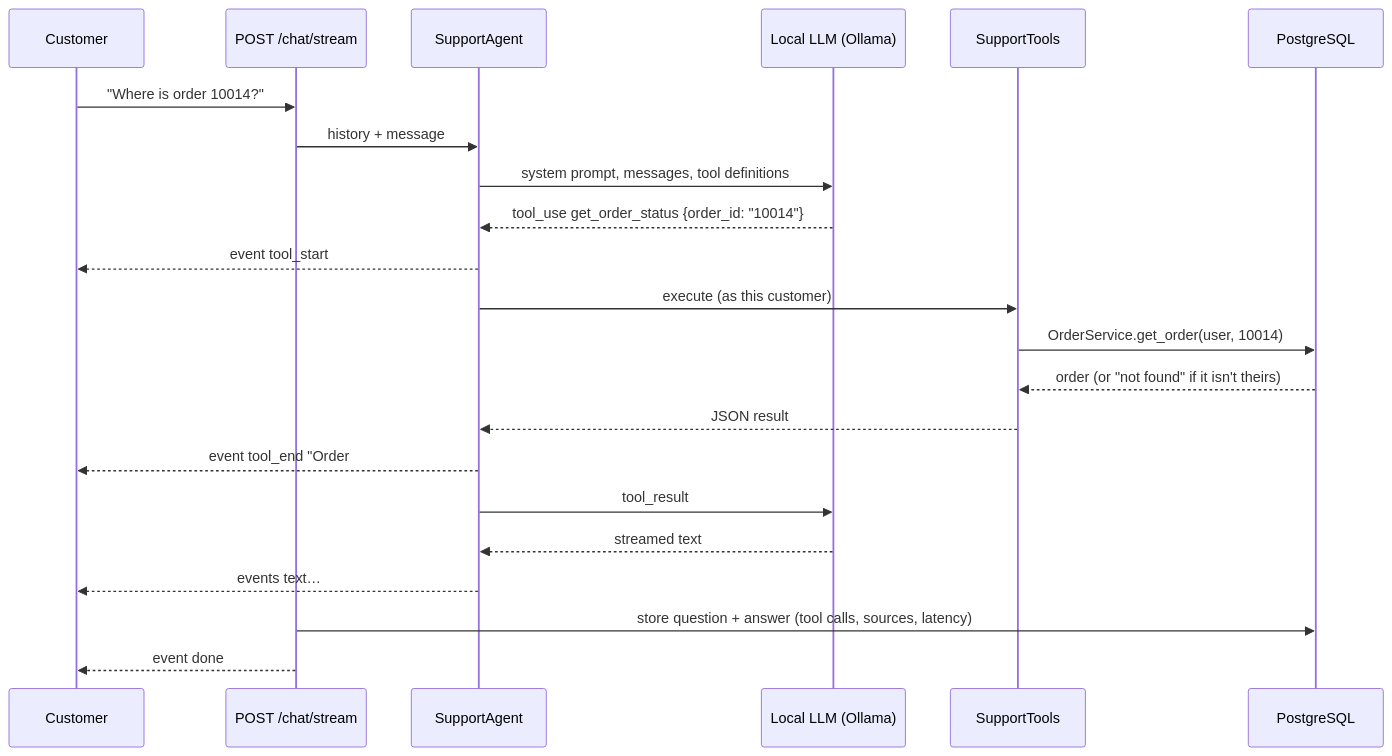
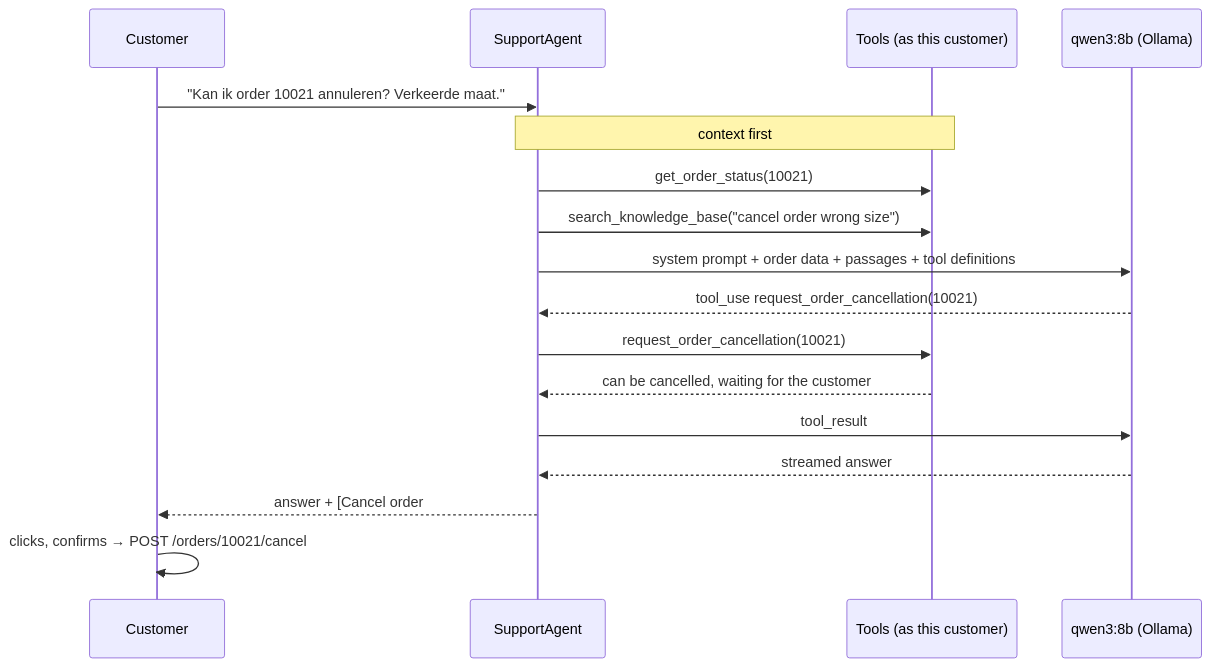
One commit to InviXtaHydra/invixta changed the third of 3 diagrams in README.md. Above: the diagram before and after it, drawn with Mermaid. The commit also changed other lines of this file and 15 other files, not shown here.

````diff
--- a/README.md
+++ b/README.md
@@ -287,24 +285,19 @@
 ```mermaid
 sequenceDiagram
     participant C as Customer
-    participant API as POST /chat/stream
     participant A as SupportAgent
-    participant L as Local LLM (Ollama)
-    participant T as SupportTools
-    participant DB as PostgreSQL
-    C->>API: "Where is order 10014?"
-    API->>A: history + message
-    A->>L: system prompt, messages, tool definitions
-    L-->>A: tool_use get_order_status {order_id: "10014"}
-    A-->>C: event tool_start
-    A->>T: execute (as this customer)
-    T->>DB: OrderService.get_order(user, 10014)
-    DB-->>T: order (or "not found" if it isn't theirs)
-    T-->>A: JSON result
-    A-->>C: event tool_end "Order #10014: shipped"
+    participant T as Tools (as this customer)
+    participant L as qwen3:8b (Ollama)
+    C->>A: "Kan ik order 10021 annuleren? Verkeerde maat."
+    Note over A,T: context first
+    A->>T: get_order_status(10021)
+    A->>T: search_knowledge_base("cancel order wrong size")
+    A->>L: system prompt + order data + passages + tool definitions
+    L-->>A: tool_use request_order_cancellation(10021)
+    A->>T: request_order_cancellation(10021)
+    T-->>A: can be cancelled, waiting for the customer
     A->>L: tool_result
-    L-->>A: streamed text
-    A-->>C: events text…
-    API->>DB: store question + answer (tool calls, sources, latency)
-    API-->>C: event done
+    L-->>A: streamed answer
+    A-->>C: answer + [Cancel order #10021] button
+    C->>C: clicks, confirms → POST /orders/10021/cancel
 ```
````
